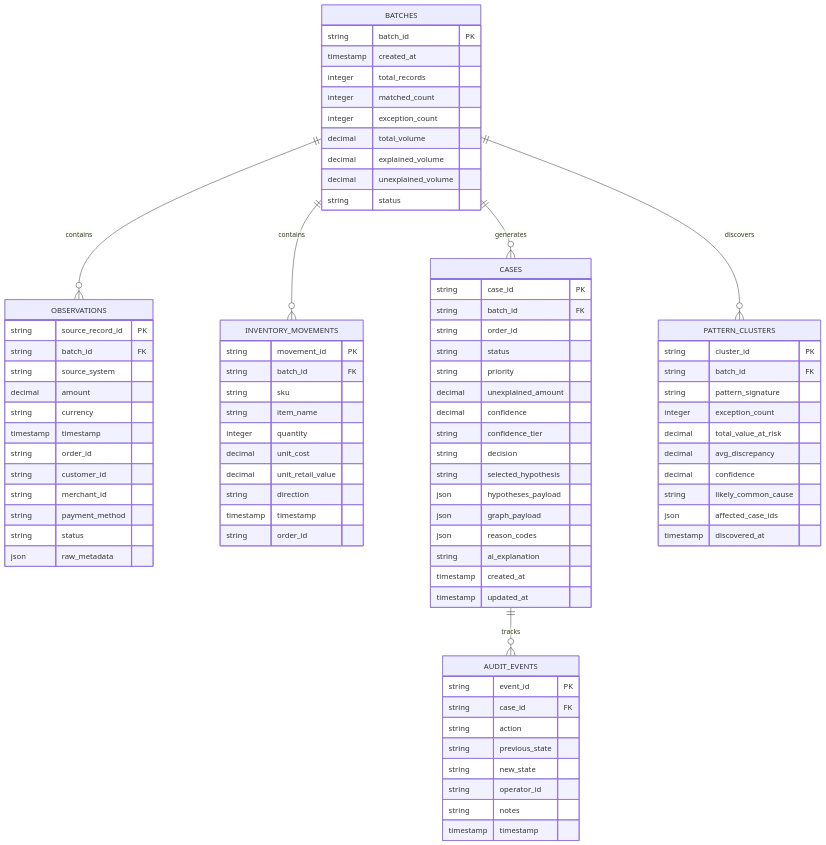
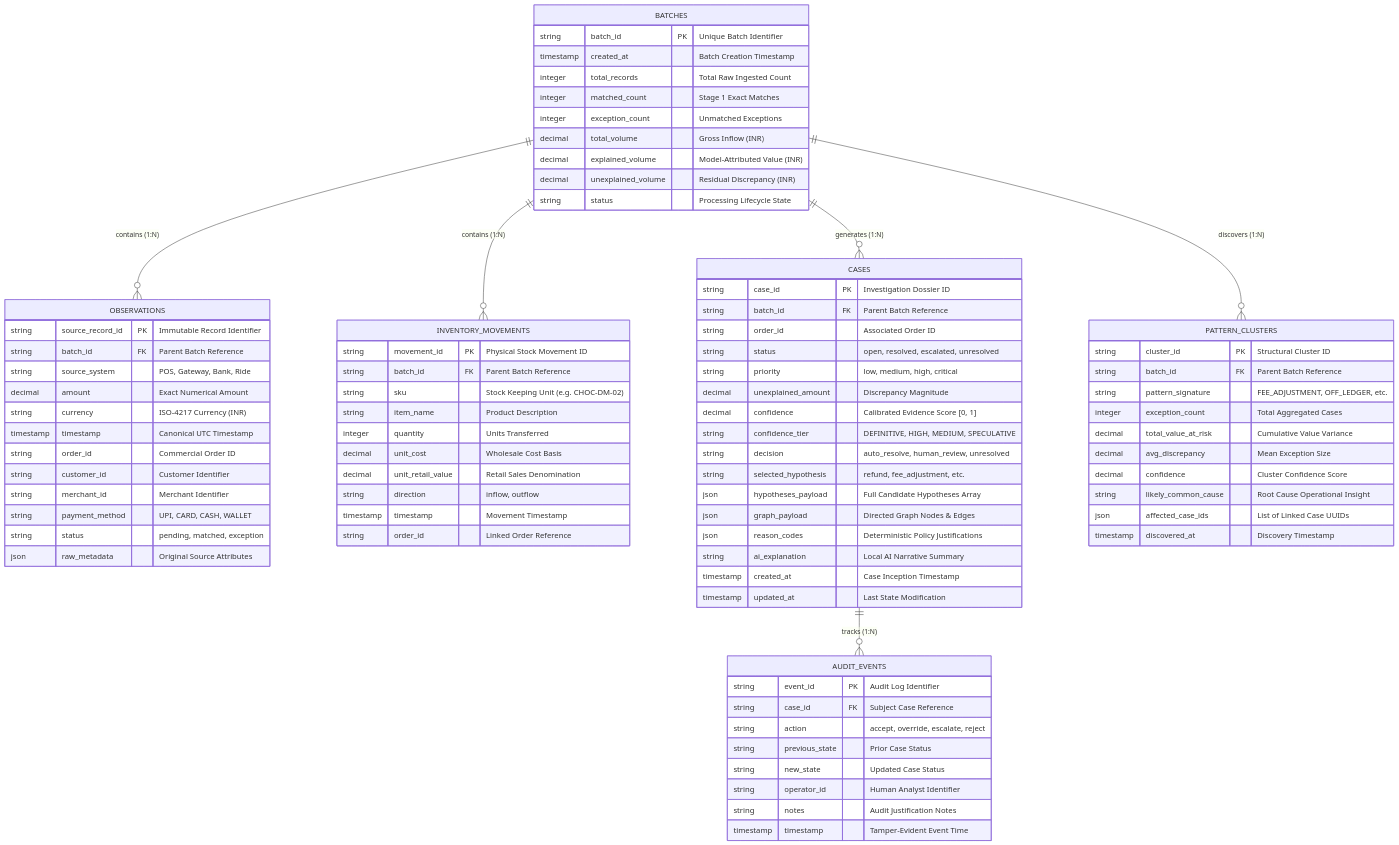
The first of 2 diagrams in docs/DATABASE_SCHEMA.md (Nishant-codess/ShadowLedger), drawn with Mermaid before and after one commit. The commit also changed other lines of this file and 7 other files, not shown here.

Commit message:
docs: beautify documentation suite with rich visual diagrams, badges, and user journeys

````diff
--- a/docs/DATABASE_SCHEMA.md
+++ b/docs/DATABASE_SCHEMA.md
@@ -12,91 +17,91 @@
 ```mermaid
 erDiagram
-    BATCHES ||--o{ OBSERVATIONS : contains
-    BATCHES ||--o{ INVENTORY_MOVEMENTS : contains
-    BATCHES ||--o{ CASES : generates
-    BATCHES ||--o{ PATTERN_CLUSTERS : discovers
-    CASES ||--o{ AUDIT_EVENTS : tracks
+    BATCHES ||--o{ OBSERVATIONS : "contains (1:N)"
+    BATCHES ||--o{ INVENTORY_MOVEMENTS : "contains (1:N)"
+    BATCHES ||--o{ CASES : "generates (1:N)"
+    BATCHES ||--o{ PATTERN_CLUSTERS : "discovers (1:N)"
+    CASES ||--o{ AUDIT_EVENTS : "tracks (1:N)"
 
     BATCHES {
-        string batch_id PK
-        timestamp created_at
-        integer total_records
-        integer matched_count
-        integer exception_count
-        decimal total_volume
-        decimal explained_volume
-        decimal unexplained_volume
-        string status
+        string batch_id PK "Unique Batch Identifier"
+        timestamp created_at "Batch Creation Timestamp"
+        integer total_records "Total Raw Ingested Count"
+        integer matched_count "Stage 1 Exact Matches"
+        integer exception_count "Unmatched Exceptions"
+        decimal total_volume "Gross Inflow (INR)"
+        decimal explained_volume "Model-Attributed Value (INR)"
+        decimal unexplained_volume "Residual Discrepancy (INR)"
+        string status "Processing Lifecycle State"
     }
 
     OBSERVATIONS {
-        string source_record_id PK
-        string batch_id FK
-        string source_system
-        decimal amount
-        string currency
-        timestamp timestamp
-        string order_id
-        string customer_id
-        string merchant_id
-        string payment_method
-        string status
-        json raw_metadata
+        string source_record_id PK "Immutable Record Identifier"
+        string batch_id FK "Parent Batch Reference"
+        string source_system "POS, Gateway, Bank, Ride"
+        decimal amount "Exact Numerical Amount"
+        string currency "ISO-4217 Currency (INR)"
+        timestamp timestamp "Canonical UTC Timestamp"
+        string order_id "Commercial Order ID"
+        string customer_id "Customer Identifier"
+        string merchant_id "Merchant Identifier"
+        string payment_method "UPI, CARD, CASH, WALLET"
+        string status "pending, matched, exception"
+        json raw_metadata "Original Source Attributes"
     }
 
     INVENTORY_MOVEMENTS {
-        string movement_id PK
-        string batch_id FK
-        string sku
-        string item_name
-        integer quantity
-        decimal unit_cost
-        decimal unit_retail_value
-        string direction
-        timestamp timestamp
-        string order_id
+        string movement_id PK "Physical Stock Movement ID"
+        string batch_id FK "Parent Batch Reference"
+        string sku "Stock Keeping Unit (e.g. CHOC-DM-02)"
+        string item_name "Product Description"
+        integer quantity "Units Transferred"
+        decimal unit_cost "Wholesale Cost Basis"
+        decimal unit_retail_value "Retail Sales Denomination"
+        string direction "inflow, outflow"
+        timestamp timestamp "Movement Timestamp"
+        string order_id "Linked Order Reference"
     }
 
     CASES {
-        string case_id PK
-        string batch_id FK
-        string order_id
-        string status
-        string priority
-        decimal unexplained_amount
-        decimal confidence
-        string confidence_tier
-        string decision
-        string selected_hypothesis
-        json hypotheses_payload
-        json graph_payload
-        json reason_codes
-        string ai_explanation
-        timestamp created_at
-        timestamp updated_at
+        string case_id PK "Investigation Dossier ID"
+        string batch_id FK "Parent Batch Reference"
+        string order_id "Associated Order ID"
+        string status "open, resolved, escalated, unresolved"
+        string priority "low, medium, high, critical"
+        decimal unexplained_amount "Discrepancy Magnitude"
+        decimal confidence "Calibrated Evidence Score [0, 1]"
+        string confidence_tier "DEFINITIVE, HIGH, MEDIUM, SPECULATIVE"
+        string decision "auto_resolve, human_review, unresolved"
+        string selected_hypothesis "refund, fee_adjustment, etc."
+        json hypotheses_payload "Full Candidate Hypotheses Array"
+        json graph_payload "Directed Graph Nodes & Edges"
+        json reason_codes "Deterministic Policy Justifications"
+        string ai_explanation "Local AI Narrative Summary"
+        timestamp created_at "Case Inception Timestamp"
+        timestamp updated_at "Last State Modification"
     }
 
     PATTERN_CLUSTERS {
-        string cluster_id PK
-        string batch_id FK
-        string pattern_signature
-        integer exception_count
-        decimal total_value_at_risk
-        decimal avg_discrepancy
-        decimal confidence
-        string likely_common_cause
-        json affected_case_ids
-        timestamp discovered_at
+        string cluster_id PK "Structural Cluster ID"
+        string batch_id FK "Parent Batch Reference"
+        string pattern_signature "FEE_ADJUSTMENT, OFF_LEDGER, etc."
+        integer exception_count "Total Aggregated Cases"
+        decimal total_value_at_risk "Cumulative Value Variance"
+        decimal avg_discrepancy "Mean Exception Size"
+        decimal confidence "Cluster Confidence Score"
+        string likely_common_cause "Root Cause Operational Insight"
+        json affected_case_ids "List of Linked Case UUIDs"
+        timestamp discovered_at "Discovery Timestamp"
     }
 
     AUDIT_EVENTS {
-        string event_id PK
-        string case_id FK
-        string action
-        string previous_state
-        string new_state
-        string operator_id
-        string notes
-        timestamp timestamp
+        string event_id PK "Audit Log Identifier"
+        string case_id FK "Subject Case Reference"
+        string action "accept, override, escalate, reject"
+        string previous_state "Prior Case Status"
+        string new_state "Updated Case Status"
+        string operator_id "Human Analyst Identifier"
+        string notes "Audit Justification Notes"
+        timestamp timestamp "Tamper-Evident Event Time"
     }
 ```
````
